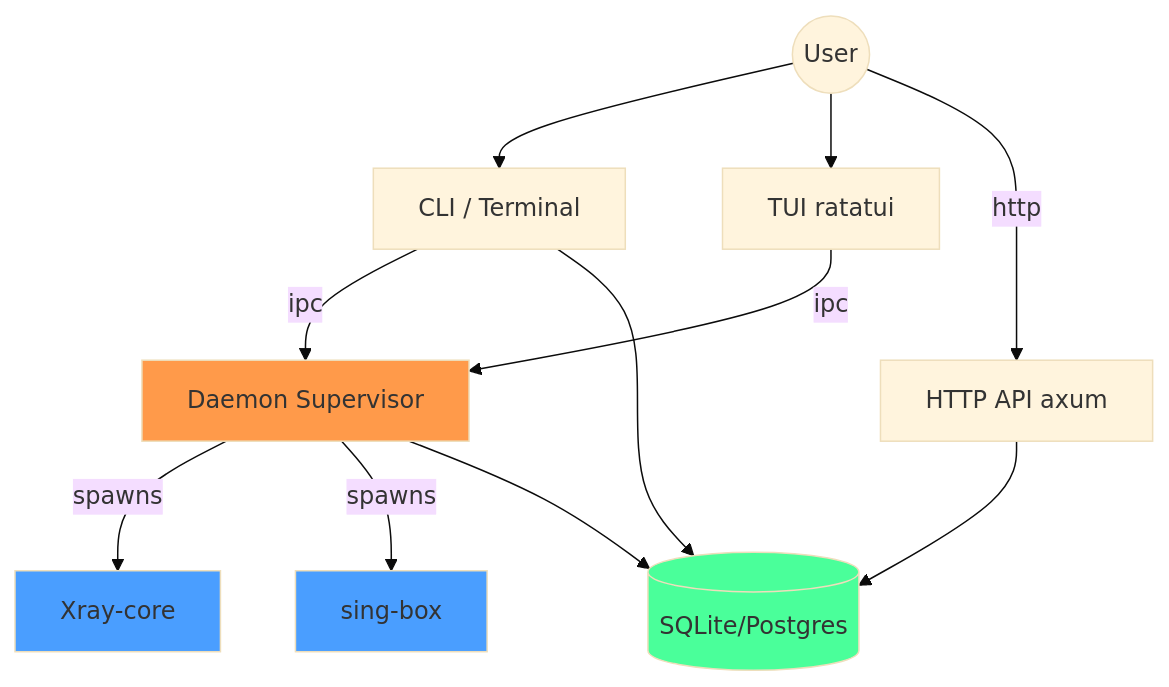
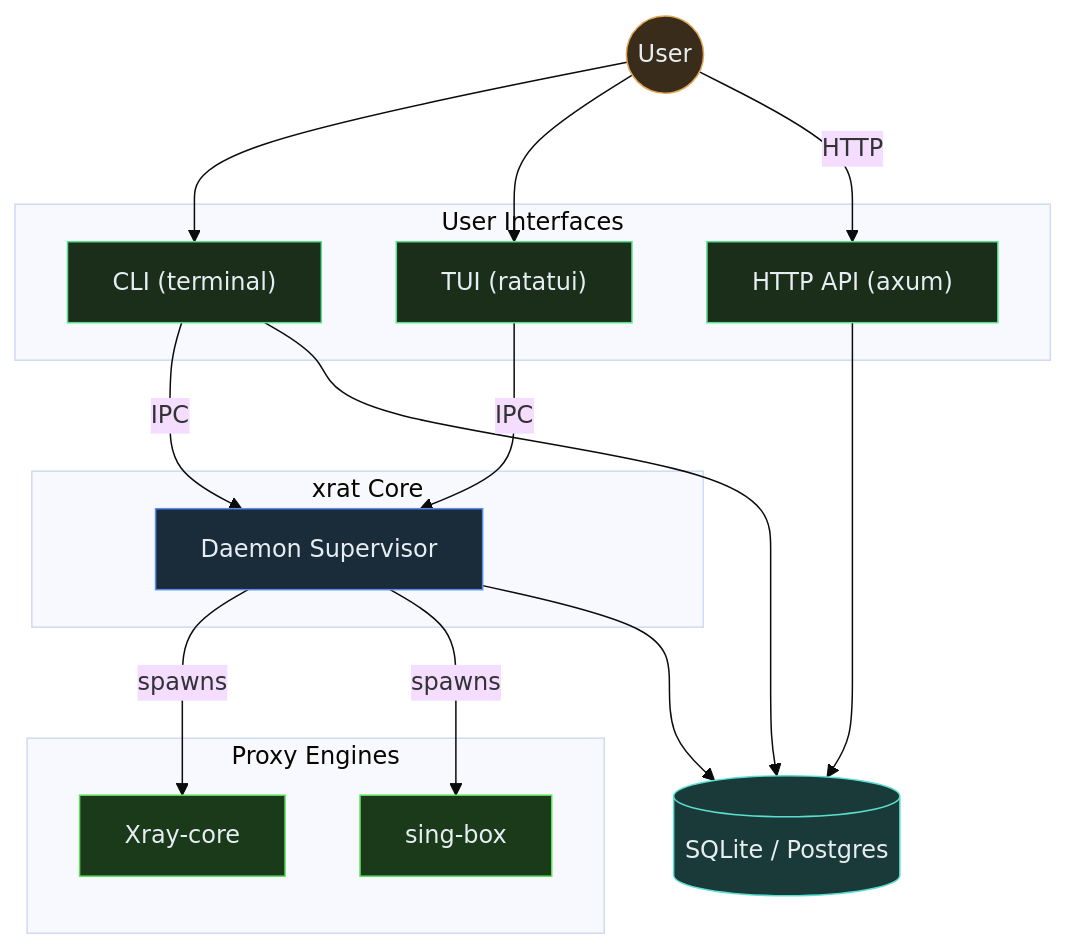
Before and after one commit to mhyrzt/xrat: the diagram in docs/src/06-architecture/README.md, drawn with Mermaid (base theme). The commit also changed 16 other files, not shown here.

````diff
--- a/docs/src/06-architecture/README.md
+++ b/docs/src/06-architecture/README.md
@@ -8,27 +8,41 @@
 ```mermaid
 graph TB
-    User((User))
-    CLI[CLI / Terminal]
-    TUI[TUI ratatui]
-    Daemon[Daemon Supervisor]
-    API[HTTP API axum]
-    Xray[Xray-core]
-    SingBox[sing-box]
-    DB[(SQLite/Postgres)]
+    classDef user   fill:#3a2c1a,stroke:#dfa85b,color:#e6edf3
+    classDef iface  fill:#1a2e1a,stroke:#5bdf8a,color:#e6edf3
+    classDef core   fill:#1a2c3a,stroke:#5b8def,color:#e6edf3
+    classDef engine fill:#1a3a1a,stroke:#5bdf5b,color:#e6edf3
+    classDef store  fill:#1a3a3a,stroke:#5bdfd3,color:#e6edf3
+
+    User(("User")):::user
+
+    subgraph interfaces["User Interfaces"]
+        CLI["CLI  (terminal)"]:::iface
+        TUI["TUI  (ratatui)"]:::iface
+        API["HTTP API  (axum)"]:::iface
+    end
+
+    subgraph xrat_core["xrat Core"]
+        Daemon["Daemon Supervisor"]:::core
+    end
+
+    subgraph engines["Proxy Engines"]
+        Xray["Xray-core"]:::engine
+        SingBox["sing-box"]:::engine
+    end
+
+    DB[("SQLite / Postgres")]:::store
 
     User --> CLI
     User --> TUI
-    User -- http --> API
-    CLI -- ipc --> Daemon
-    TUI -- ipc --> Daemon
-    Daemon -- spawns --> Xray
-    Daemon -- spawns --> SingBox
+    User -- "HTTP" --> API
+
+    CLI -- "IPC" --> Daemon
+    TUI -- "IPC" --> Daemon
+
+    Daemon -- "spawns" --> Xray
+    Daemon -- "spawns" --> SingBox
+
     CLI --> DB
     Daemon --> DB
     API --> DB
-
-    style Xray fill:#4a9eff
-    style SingBox fill:#4a9eff
-    style Daemon fill:#ff9a4a
-    style DB fill:#4aff9a
 ```
````
